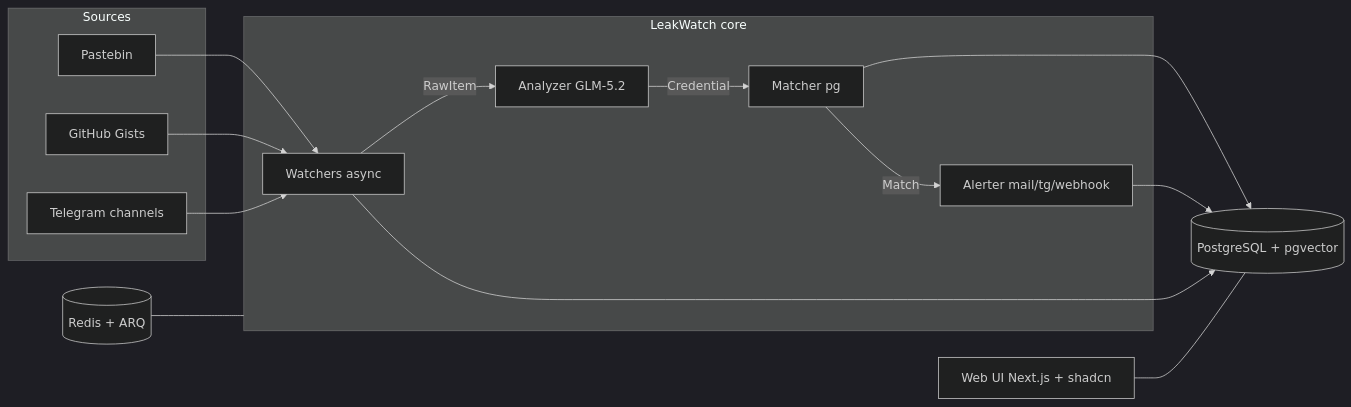
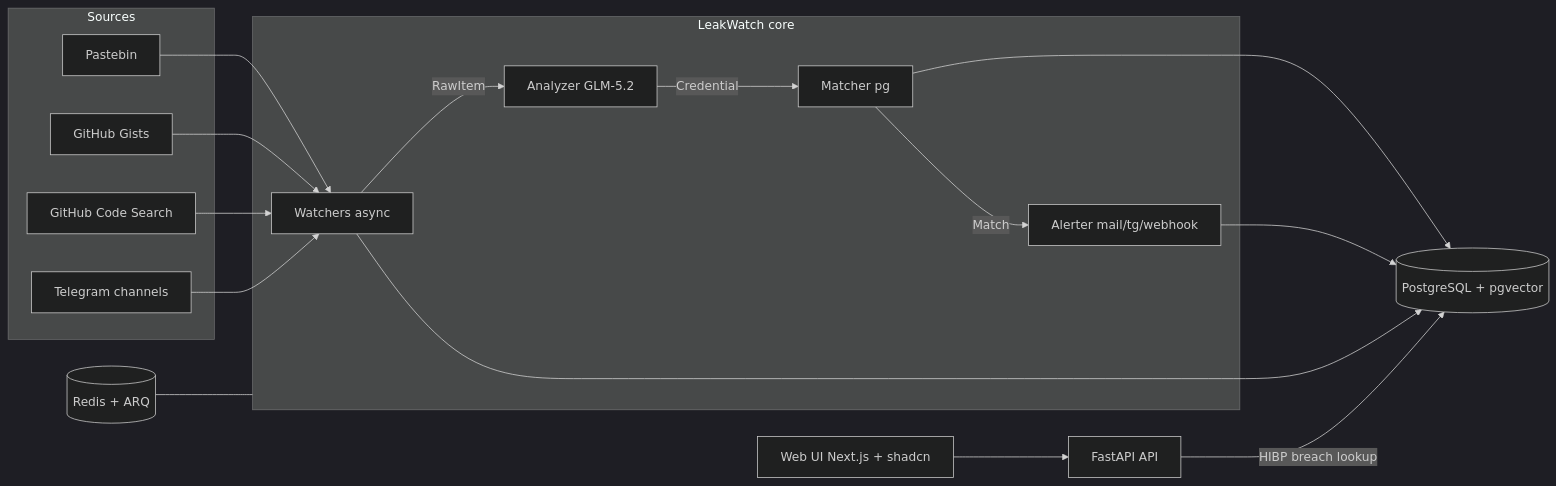
The diagram in README.md (LutzHoffmann/LeakWatch), drawn with Mermaid (dark theme) before and after one commit. The commit also changed other lines of this file and 44 other files, not shown here.

````diff
--- a/README.md
+++ b/README.md
@@ -19,31 +19,35 @@
 ```mermaid
 flowchart LR
     subgraph Sources[Sources]
         Pastebin[Pastebin]
         Gists[GitHub Gists]
+        CodeSearch[GitHub Code Search]
         Telegram[Telegram channels]
     end
 
     subgraph Core[LeakWatch core]
         Watchers[Watchers async]
         Analyzer[Analyzer GLM-5.2]
         Matcher[Matcher pg]
         Alerter[Alerter mail/tg/webhook]
     end
 
     DB[(PostgreSQL + pgvector)]
     Redis[(Redis + ARQ)]
+    API[FastAPI API]
     UI[Web UI Next.js + shadcn]
 
     Pastebin --> Watchers
     Gists --> Watchers
+    CodeSearch --> Watchers
     Telegram --> Watchers
     Watchers -->|RawItem| Analyzer
     Analyzer -->|Credential| Matcher
     Matcher -->|Match| Alerter
     Matcher --> DB
     Alerter --> DB
     Watchers --> DB
     Redis --- Core
-    UI --- DB
+    UI --> API
+    API -->|HIBP breach lookup| DB
 ```
````
